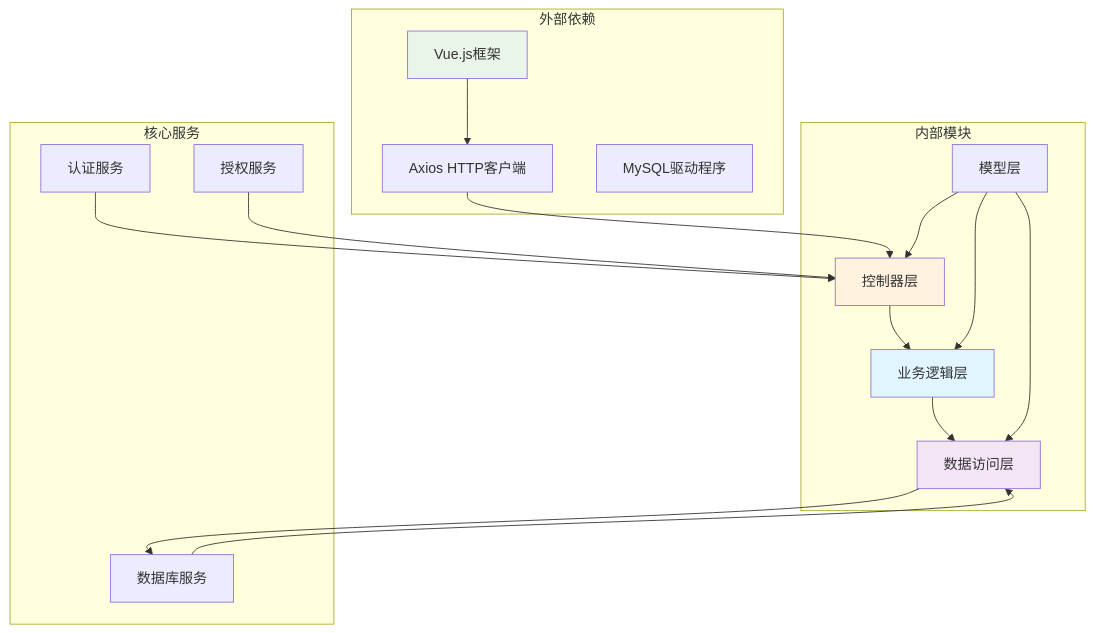
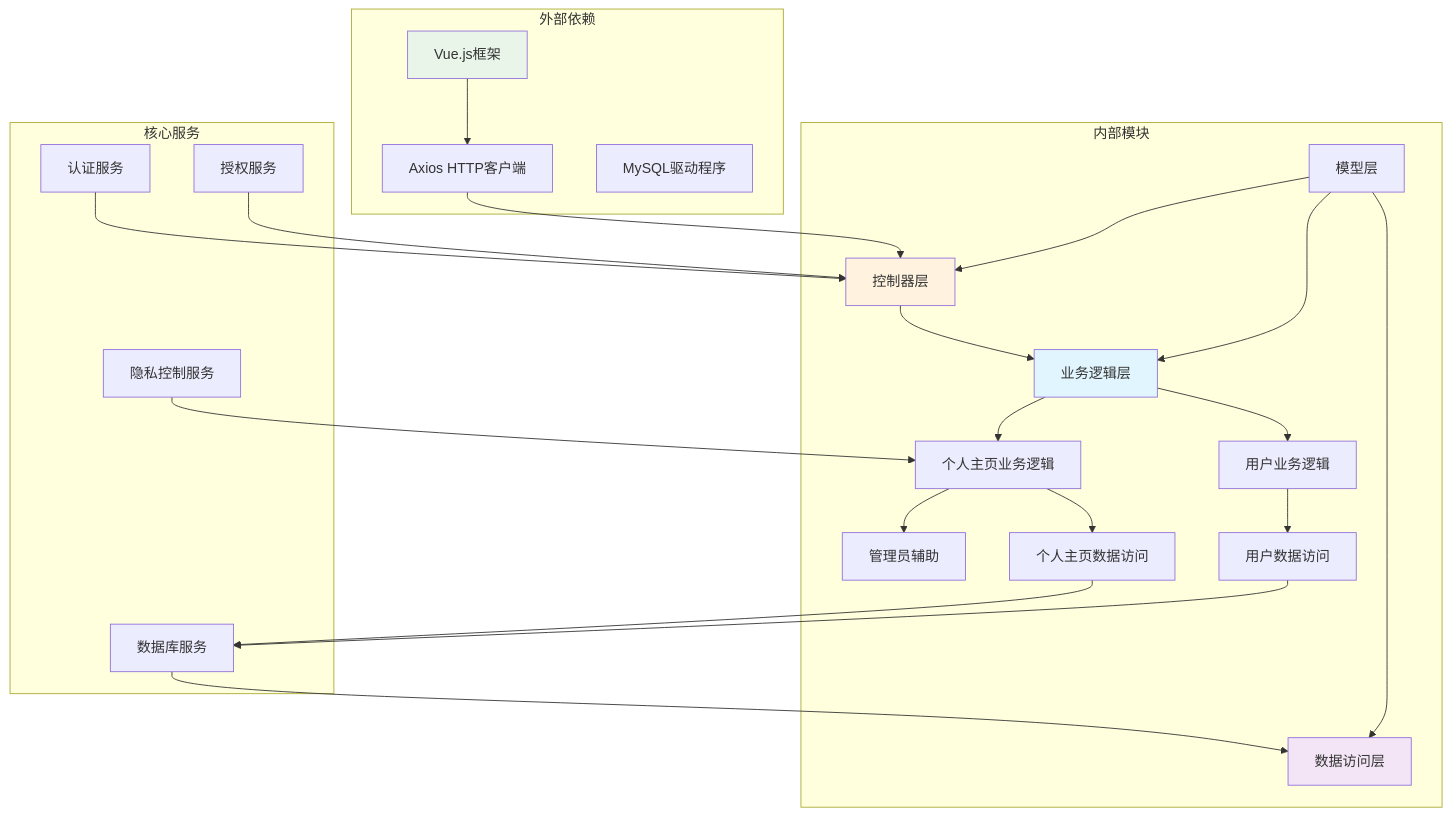
Before and after one commit to TinyMaD/SpeedRunnersLab: diagram 14 of 14 in .qoder/repowiki/zh/content/后端 API 服务/用户管理模块/隐私设置管理.md, drawn with Mermaid. The commit also changed other lines of this file and 29 other files, not shown here.

````diff
--- a/.qoder/repowiki/zh/content/后端 API 服务/用户管理模块/隐私设置管理.md
+++ b/.qoder/repowiki/zh/content/后端 API 服务/用户管理模块/隐私设置管理.md
@@ -451,34 +569,46 @@
 ```mermaid
 graph TB
 subgraph "外部依赖"
 Vue[Vue.js框架]
 Axios[Axios HTTP客户端]
 MySQL[MySQL驱动程序]
 end
 subgraph "内部模块"
 Model[模型层]
 Controller[控制器层]
 BLL[业务逻辑层]
+ProfileBLL[个人主页业务逻辑]
+UserBLL[用户业务逻辑]
+AdminHelper[管理员辅助]
 DAL[数据访问层]
+ProfileDAL[个人主页数据访问]
+UserDAL[用户数据访问]
 end
 subgraph "核心服务"
 Authentication[认证服务]
 Authorization[授权服务]
 Database[数据库服务]
+PrivacyService[隐私控制服务]
 end
 Vue --> Axios
 Axios --> Controller
 Controller --> BLL
-BLL --> DAL
-DAL --> Database
+BLL --> ProfileBLL
+BLL --> UserBLL
+ProfileBLL --> ProfileDAL
+ProfileBLL --> AdminHelper
+UserBLL --> UserDAL
+ProfileDAL --> Database
+UserDAL --> Database
 Authentication --> Controller
 Authorization --> Controller
 Database --> DAL
+PrivacyService --> ProfileBLL
 Model --> Controller
 Model --> BLL
 Model --> DAL
 style Vue fill:#e8f5e8
 style Controller fill:#fff3e0
 style BLL fill:#e1f5fe
 style DAL fill:#f3e5f5
 ```
````
